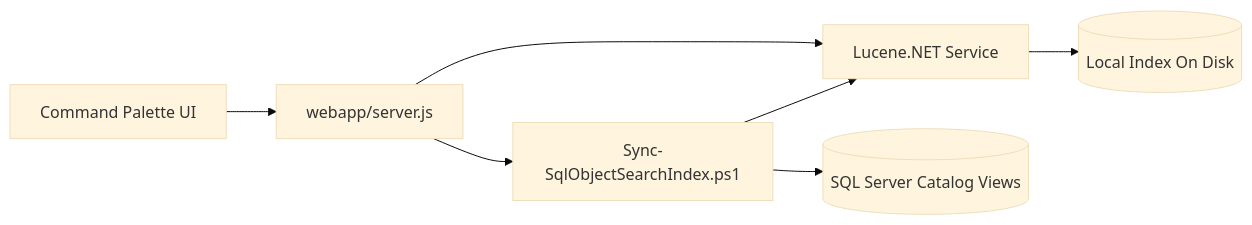
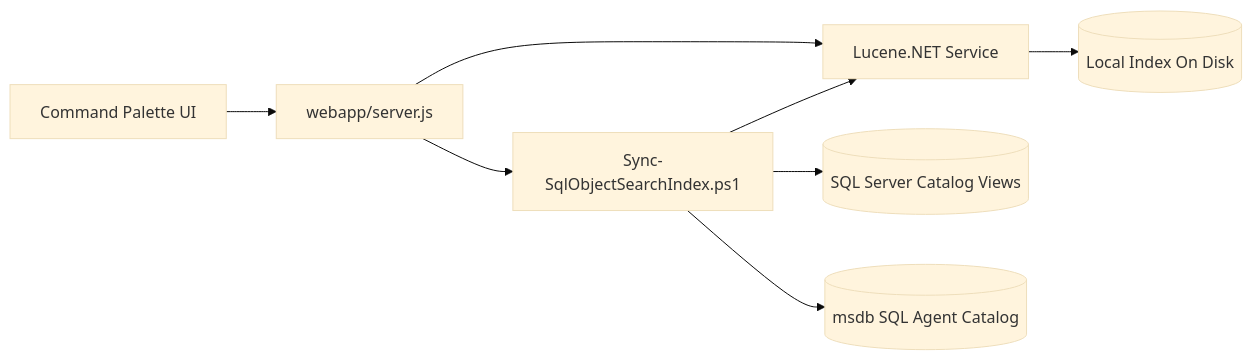
The diagram in docs/architecture/object-search.md (sql-cockpit/sql-cockpit-docs-source), drawn with Mermaid (base theme) before and after one commit. The commit also changed other lines of this file and 9 other files, not shown here.

````diff
--- a/docs/architecture/object-search.md
+++ b/docs/architecture/object-search.md
@@ -21,9 +21,10 @@
 ```mermaid
 flowchart LR
     UI[Command Palette UI] --> NODE[webapp/server.js]
     NODE --> LUCENE[Lucene.NET Service]
     NODE --> PS[Sync-SqlObjectSearchIndex.ps1]
     PS --> SQL[(SQL Server Catalog Views)]
+    PS --> MSDB[(msdb SQL Agent Catalog)]
     PS --> LUCENE
     LUCENE --> IDX[(Local Index On Disk)]
 ```
````
